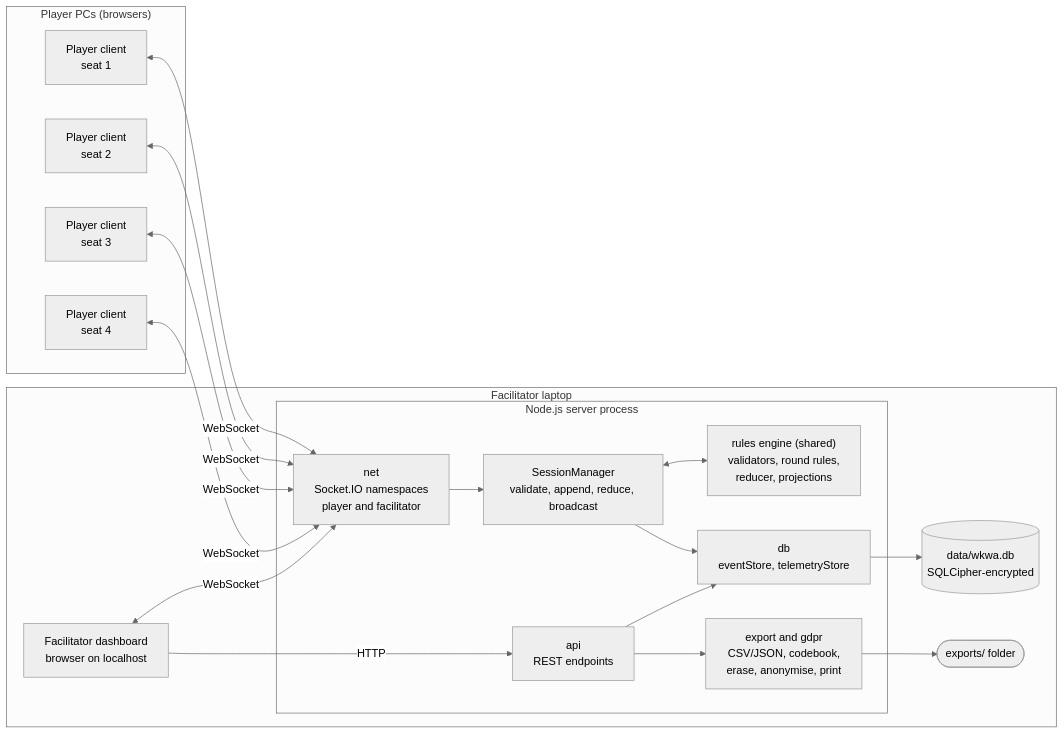
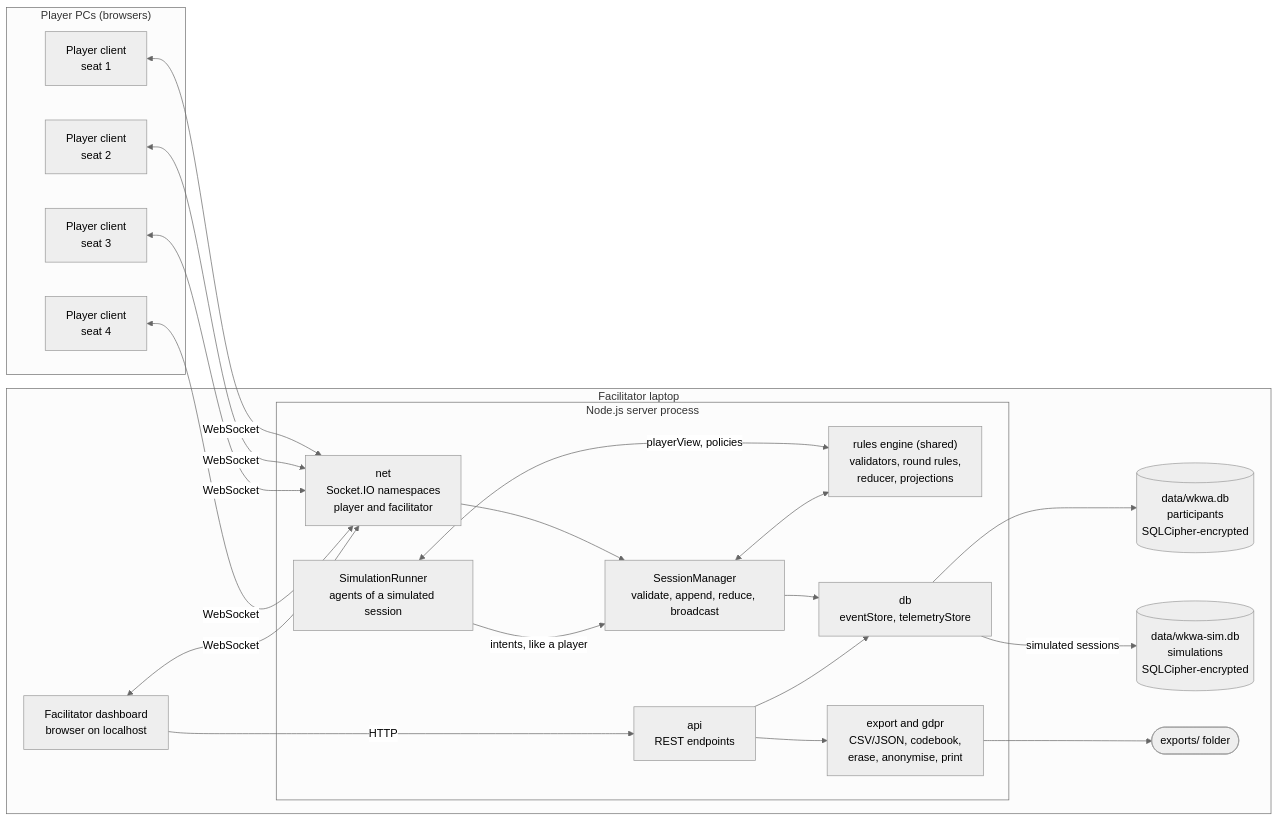
Before and after one commit to xy-zak/WhoKnowsWhoActs: the first of 8 diagrams in docs/ARCHITECTURE.md, drawn with Mermaid (neutral theme). The commit also changed other lines of this file and 6 other files, not shown here.

````diff
--- a/docs/ARCHITECTURE.md
+++ b/docs/ARCHITECTURE.md
@@ -73,35 +80,40 @@
 ```mermaid
 flowchart LR
   subgraph Players["Player PCs (browsers)"]
     P1["Player client<br/>seat 1"]
     P2["Player client<br/>seat 2"]
     P3["Player client<br/>seat 3"]
     P4["Player client<br/>seat 4"]
   end
   subgraph Laptop["Facilitator laptop"]
     F["Facilitator dashboard<br/>browser on localhost"]
     subgraph Server["Node.js server process"]
       NET["net<br/>Socket.IO namespaces<br/>player and facilitator"]
       API["api<br/>REST endpoints"]
       SM["SessionManager<br/>validate, append, reduce, broadcast"]
+      SIM["SimulationRunner<br/>agents of a simulated session"]
       RULES["rules engine (shared)<br/>validators, round rules,<br/>reducer, projections"]
       STORE["db<br/>eventStore, telemetryStore"]
       GDPR["export and gdpr<br/>CSV/JSON, codebook,<br/>erase, anonymise, print"]
     end
-    DB[("data/wkwa.db<br/>SQLCipher-encrypted")]
+    DB[("data/wkwa.db<br/>participants<br/>SQLCipher-encrypted")]
+    SDB[("data/wkwa-sim.db<br/>simulations<br/>SQLCipher-encrypted")]
     EXP(["exports/ folder"])
   end
   P1 <-->|WebSocket| NET
   P2 <-->|WebSocket| NET
   P3 <-->|WebSocket| NET
   P4 <-->|WebSocket| NET
   F <-->|WebSocket| NET
   F -->|HTTP| API
   NET --> SM
+  SIM -->|"intents, like a player"| SM
+  SIM <-->|"playerView, policies"| RULES
   SM <--> RULES
   SM --> STORE
   API --> GDPR
   API --> STORE
   STORE --> DB
+  STORE -->|"simulated sessions"| SDB
   GDPR --> EXP
 ```
````
